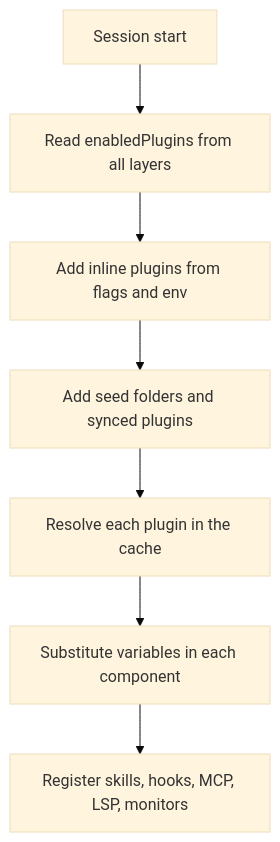
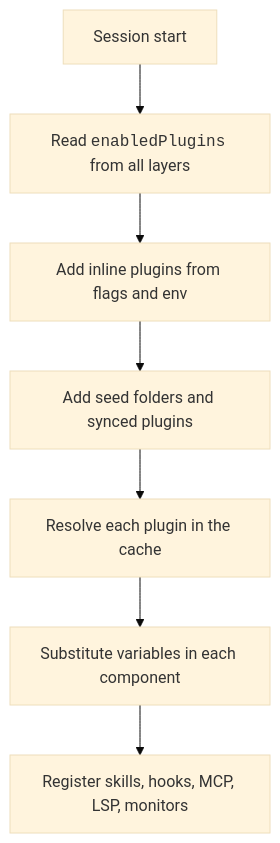
The diagram in docs/extend/plugins/loading.md (xsyetopz/claude-code-docs), drawn with Mermaid (base theme) before and after one commit. The commit also changed other lines of this file and 164 other files, not shown here.

First line of the commit message:
docs: linked citations, yes/no markers, file trees, code in diagrams

````diff
--- a/docs/extend/plugins/loading.md
+++ b/docs/extend/plugins/loading.md
@@ -100,9 +100,9 @@
 ```mermaid
 flowchart TD
-  S[Session start] --> A[Read enabledPlugins from all layers]
+  S[Session start] --> A["Read <code>enabledPlugins</code> from all layers"]
   A --> B[Add inline plugins from flags and env]
   B --> C[Add seed folders and synced plugins]
   C --> D[Resolve each plugin in the cache]
   D --> E[Substitute variables in each component]
   E --> F[Register skills, hooks, MCP, LSP, monitors]
 ```
````
